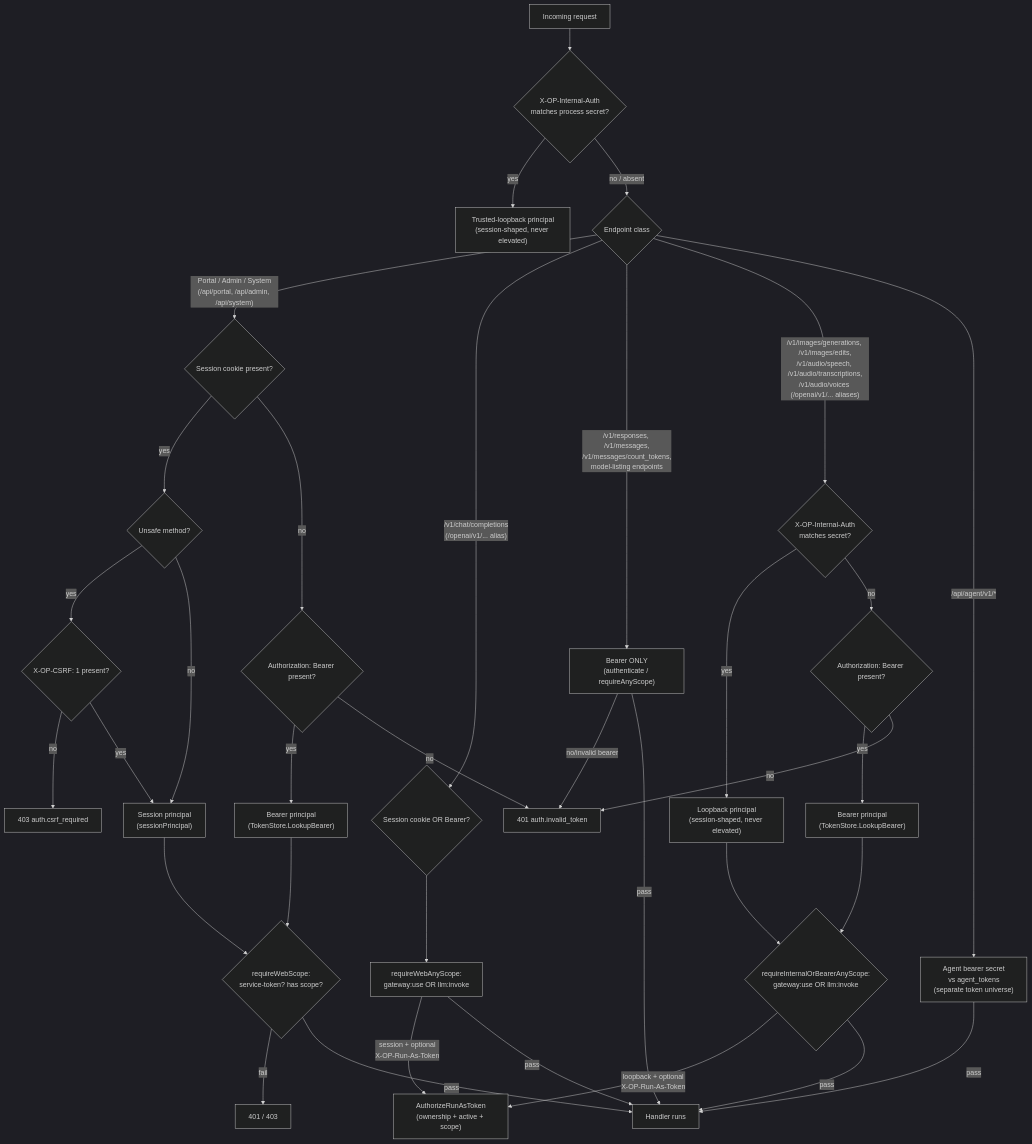
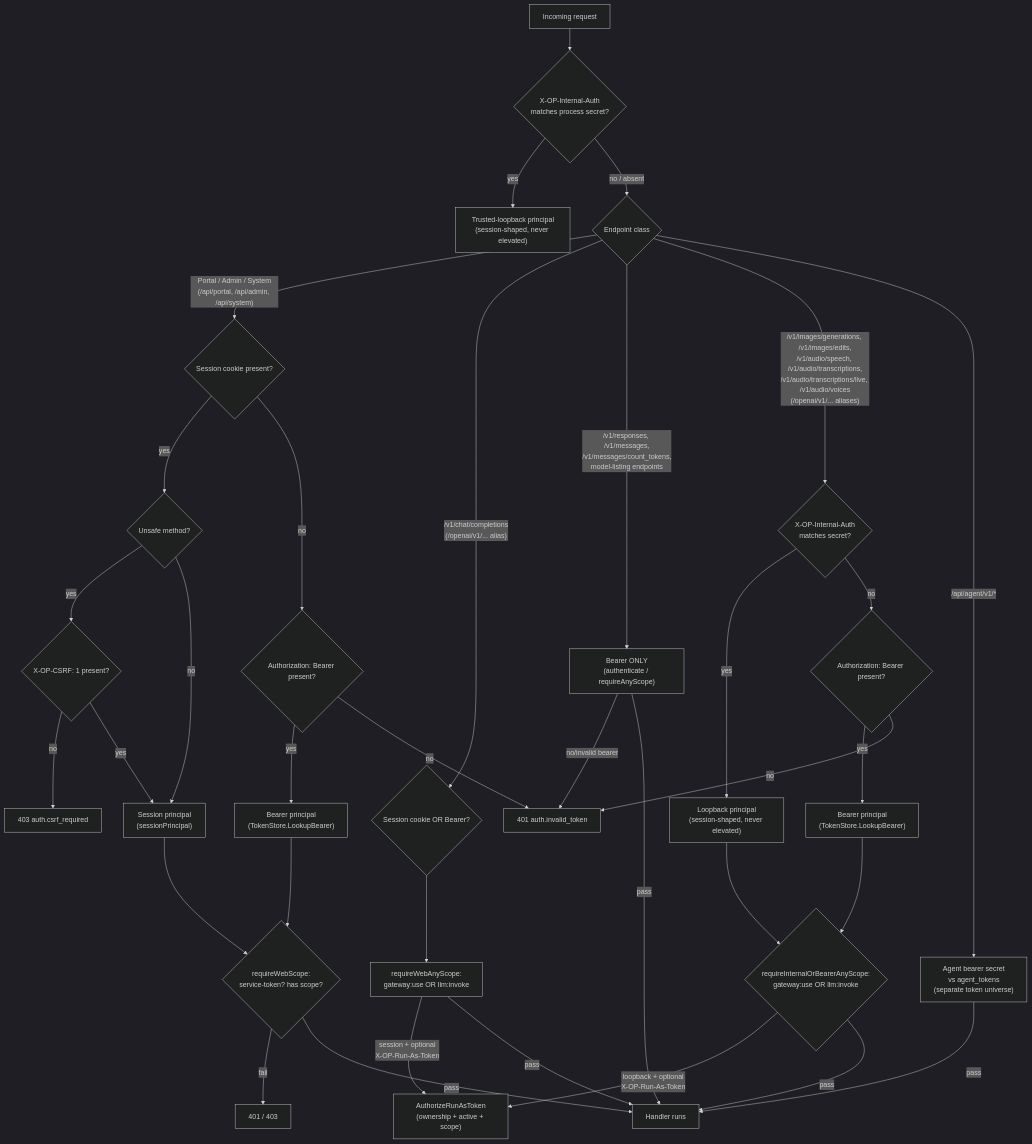
One commit to JLor08/op-ai-gateway changed the first of 3 diagrams in docs/architecture/cross-cutting/security-auth-rbac.md. Above: the diagram before and after it, drawn with Mermaid (dark theme). The commit also changed other lines of this file and 73 other files, not shown here.

````diff
--- a/docs/architecture/cross-cutting/security-auth-rbac.md
+++ b/docs/architecture/cross-cutting/security-auth-rbac.md
@@ -334,42 +352,42 @@
 ```mermaid
 flowchart TD
     A["Incoming request"] --> B{"X-OP-Internal-Auth\nmatches process secret?"}
     B -- yes --> C["Trusted-loopback principal\n(session-shaped, never elevated)"]
     B -- no / absent --> D{"Endpoint class"}
 
     D -- "Portal / Admin / System\n(/api/portal, /api/admin, /api/system)" --> E{"Session cookie present?"}
     E -- yes --> F{"Unsafe method?"}
     F -- yes --> G{"X-OP-CSRF: 1 present?"}
     G -- no --> X1["403 auth.csrf_required"]
     G -- yes --> H["Session principal\n(sessionPrincipal)"]
     F -- no --> H
     E -- no --> I{"Authorization: Bearer present?"}
     I -- yes --> J["Bearer principal\n(TokenStore.LookupBearer)"]
     I -- no --> X2["401 auth.invalid_token"]
     H --> K{"requireWebScope:\nservice-token? has scope?"}
     J --> K
     K -- fail --> X3["401 / 403"]
     K -- pass --> L["Handler runs"]
 
     D -- "/v1/chat/completions\n(/openai/v1/... alias)" --> M{"Session cookie OR Bearer?"}
     M --> N["requireWebAnyScope:\ngateway:use OR llm:invoke"]
     N -- "session + optional\nX-OP-Run-As-Token" --> O["AuthorizeRunAsToken\n(ownership + active + scope)"]
     N -- pass --> L
 
     D -- "/v1/responses, /v1/messages,\n/v1/messages/count_tokens,\nmodel-listing endpoints" --> P["Bearer ONLY\n(authenticate / requireAnyScope)"]
     P -- no/invalid bearer --> X2
     P -- pass --> L
 
-    D -- "/v1/images/generations, /v1/images/edits,\n/v1/audio/speech, /v1/audio/transcriptions,\n/v1/audio/voices (/openai/v1/... aliases)" --> R{"X-OP-Internal-Auth\nmatches secret?"}
+    D -- "/v1/images/generations, /v1/images/edits,\n/v1/audio/speech, /v1/audio/transcriptions,\n/v1/audio/transcriptions/live, /v1/audio/voices\n(/openai/v1/... aliases)" --> R{"X-OP-Internal-Auth\nmatches secret?"}
     R -- yes --> S["Loopback principal\n(session-shaped, never elevated)"]
     R -- no --> T{"Authorization: Bearer present?"}
     T -- yes --> U["Bearer principal\n(TokenStore.LookupBearer)"]
     T -- no --> X2
     S --> V{"requireInternalOrBearerAnyScope:\ngateway:use OR llm:invoke"}
     U --> V
     V -- "loopback + optional\nX-OP-Run-As-Token" --> O
     V -- pass --> L
 
     D -- "/api/agent/v1/*" --> Q["Agent bearer secret\nvs agent_tokens\n(separate token universe)"]
     Q -- pass --> L
 ```
````
